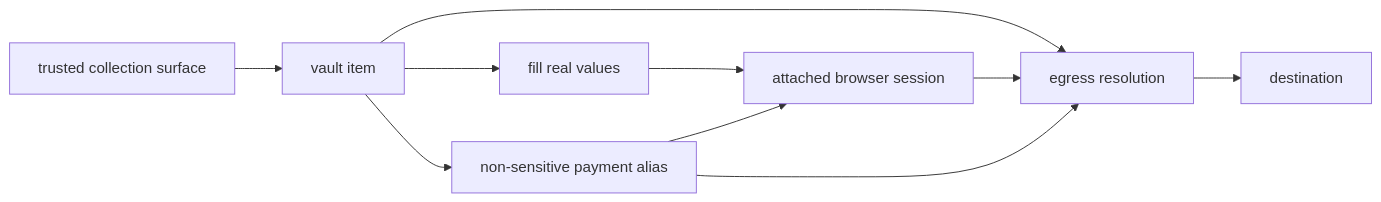
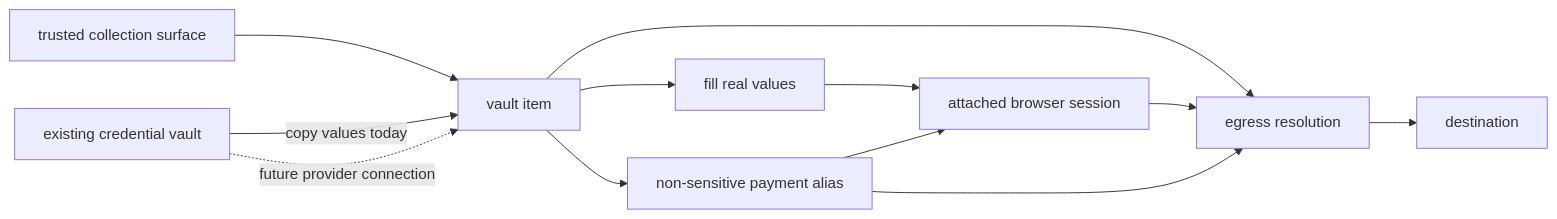
The diagram in vaults/overview.mdx (kernel/docs), drawn with Mermaid before and after one commit. The commit also changed other lines of this file and 3 other files, not shown here.

Commit message:
Document existing vault credential flow

````diff
--- a/vaults/overview.mdx
+++ b/vaults/overview.mdx
@@ -86,12 +111,14 @@
 ```mermaid
 flowchart LR
   T[trusted collection surface] --> I[vault item]
+  V[existing credential vault] -->|copy values today| I
+  V -. future provider connection .-> I
   I --> F[fill real values]
   F --> B[attached browser session]
   I --> A[non-sensitive payment alias]
   A --> B[attached browser session]
   I --> E[egress resolution]
   B --> E
   A --> E
   E --> D[destination]
 ```
````
